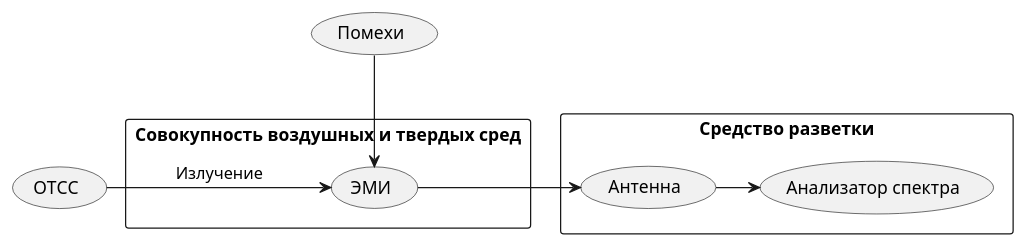
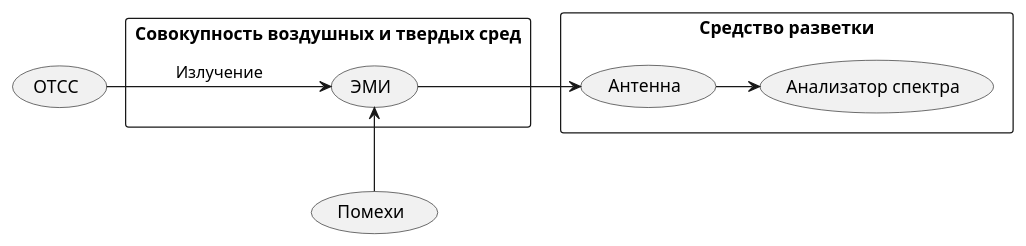
The diagram in Заметки/Канал утечки ПЭМИ (за счет собственно ЭМИ).md (almkuznetsov/bmstu-kb), drawn with PlantUML before and after one commit. The commit also changed 19 other files, not shown here.

````diff
--- a/Заметки/Канал утечки ПЭМИ (за счет собственно ЭМИ).md
+++ b/Заметки/Канал утечки ПЭМИ (за счет собственно ЭМИ).md
@@ -2,18 +2,18 @@
 ```plantuml
 @startuml
 usecase "ОТСС" as OTCC
 rectangle "Совокупность воздушных и твердых сред" {
     usecase "ЭМИ" as EMI
 }
 OTCC -> (EMI) : Излучение
 
 rectangle "Средство разветки" {
 usecase "Антенна" as Antenna
 EMI -> Antenna
 usecase "Анализатор спектра" as AS
 }
 Antenna -> AS
 usecase "Помехи" as Pomehi
-Pomehi -down-> EMI
+Pomehi -up-> EMI
 @enduml
 ```
````
